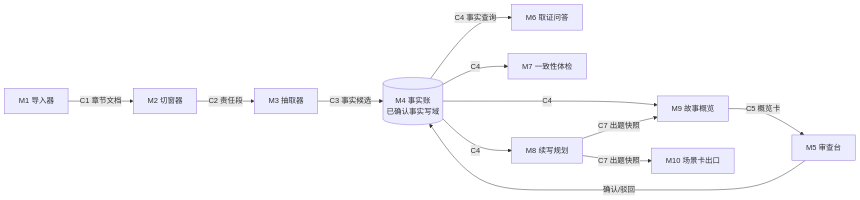
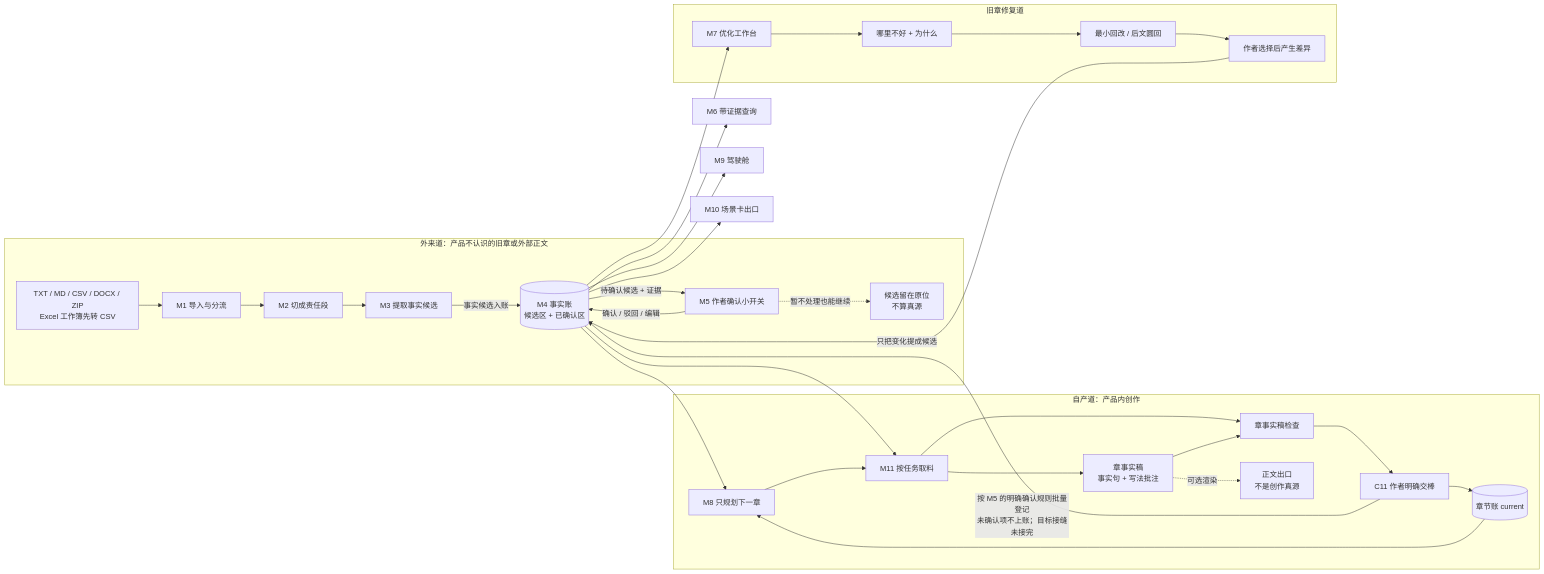
The first of 2 diagrams in novel-mvp/ARCHITECTURE.md (cczz412/novel-architecture), drawn with Mermaid before and after one commit. The commit also changed other lines of this file and 13 other files, not shown here.

Commit message:
feat(novel-mvp): admit PR-C architecture and ledger design [skip ci]

````diff
--- a/novel-mvp/ARCHITECTURE.md
+++ b/novel-mvp/ARCHITECTURE.md
@@ -11,14 +13,38 @@
 ```mermaid
-graph LR
-    M1[M1 导入器] -->|C1 章节文档| M2[M2 切窗器]
-    M2 -->|C2 责任段| M3[M3 抽取器]
-    M3 -->|C3 事实候选| M4[(M4 事实账<br/>已确认事实写域)]
-    M9[M9 故事概览] -->|C5 概览卡| M5[M5 审查台]
-    M5 -->|确认/驳回| M4
-    M4 -->|C4 事实查询| M6[M6 取证问答]
-    M4 -->|C4| M7[M7 一致性体检]
-    M4 -->|C4| M8[M8 续写规划]
-    M4 -->|C4| M9
-    M8 -->|C7 出题快照| M9
-    M8 -->|C7 出题快照| M10[M10 场景卡出口]
+flowchart LR
+    subgraph 外来道[外来道：产品不认识的旧章或外部正文]
+        EXT[TXT / MD / CSV / DOCX / ZIP<br/>Excel 工作簿先转 CSV] --> M1[M1 导入与分流]
+        M1 --> M2[M2 切成责任段]
+        M2 --> M3[M3 提取事实候选]
+        M3 -->|事实候选入账| M4[(M4 事实账<br/>候选区 + 已确认区)]
+        M4 -->|待确认候选 + 证据| M5[M5 作者确认小开关]
+        M5 -->|确认 / 驳回 / 编辑| M4
+        M5 -. 暂不处理也能继续 .-> HOLD[候选留在原位<br/>不算真源]
+    end
+
+    subgraph 自产道[自产道：产品内创作]
+        M8[M8 只规划下一章] --> M11[M11 按任务取料]
+        M11 --> DRAFT[章事实稿<br/>事实句 + 写法批注]
+        M11 --> CHECK[章事实稿检查]
+        DRAFT --> CHECK
+        CHECK --> C11[C11 作者明确交棒]
+        C11 --> CHAPTER[(章节账 current)]
+        C11 -->|按 M5 的明确确认规则批量登记<br/>未确认项不上账；目标接缝未接完| M4
+        DRAFT -. 可选渲染 .-> PROSE[正文出口<br/>不是创作真源]
+        CHAPTER --> M8
+    end
+
+    subgraph 旧章修复道[旧章修复道]
+        M7[M7 优化工作台] --> WHY[哪里不好 + 为什么]
+        WHY --> TWO[最小回改 / 后文圆回]
+        TWO --> DIFF[作者选择后产生差异]
+        DIFF -->|只把变化提成候选| M4
+    end
+
+    M4 --> M6[M6 带证据查询]
+    M4 --> M7
+    M4 --> M8
+    M4 --> M9[M9 驾驶舱]
+    M4 --> M10[M10 场景卡出口]
+    M4 --> M11
 ```
````
